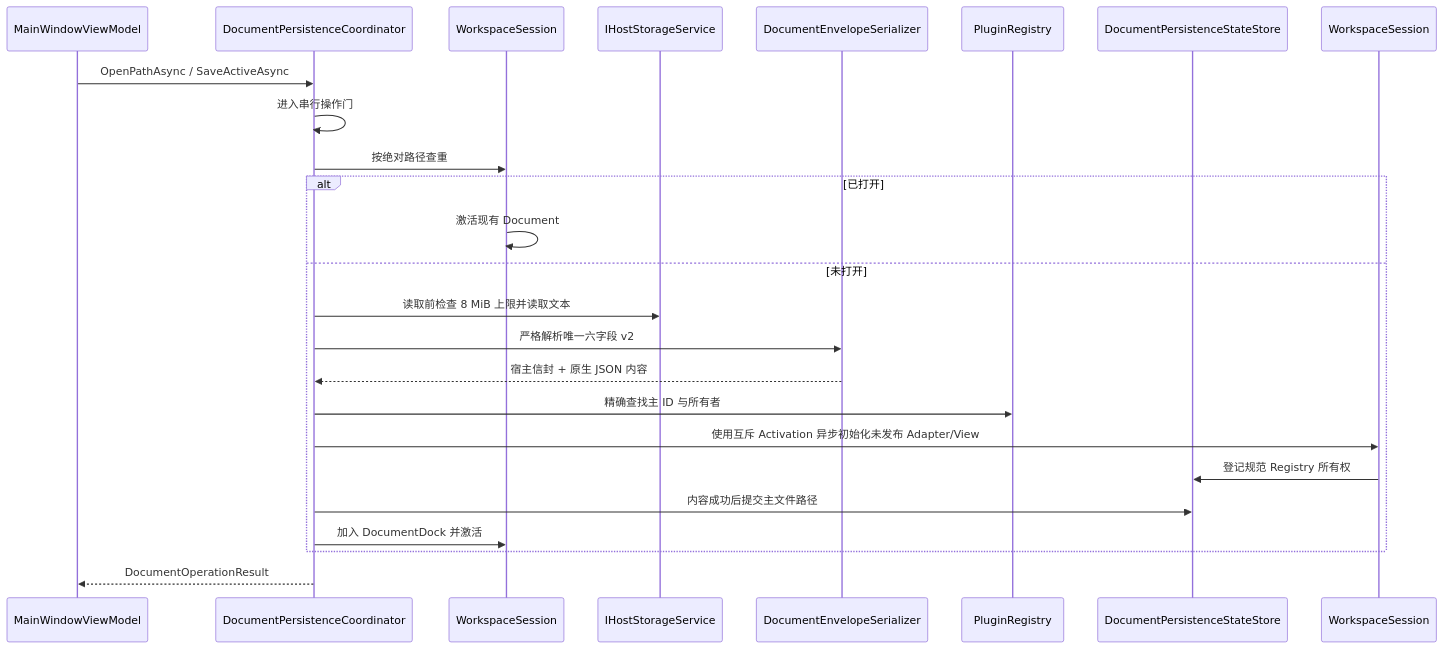
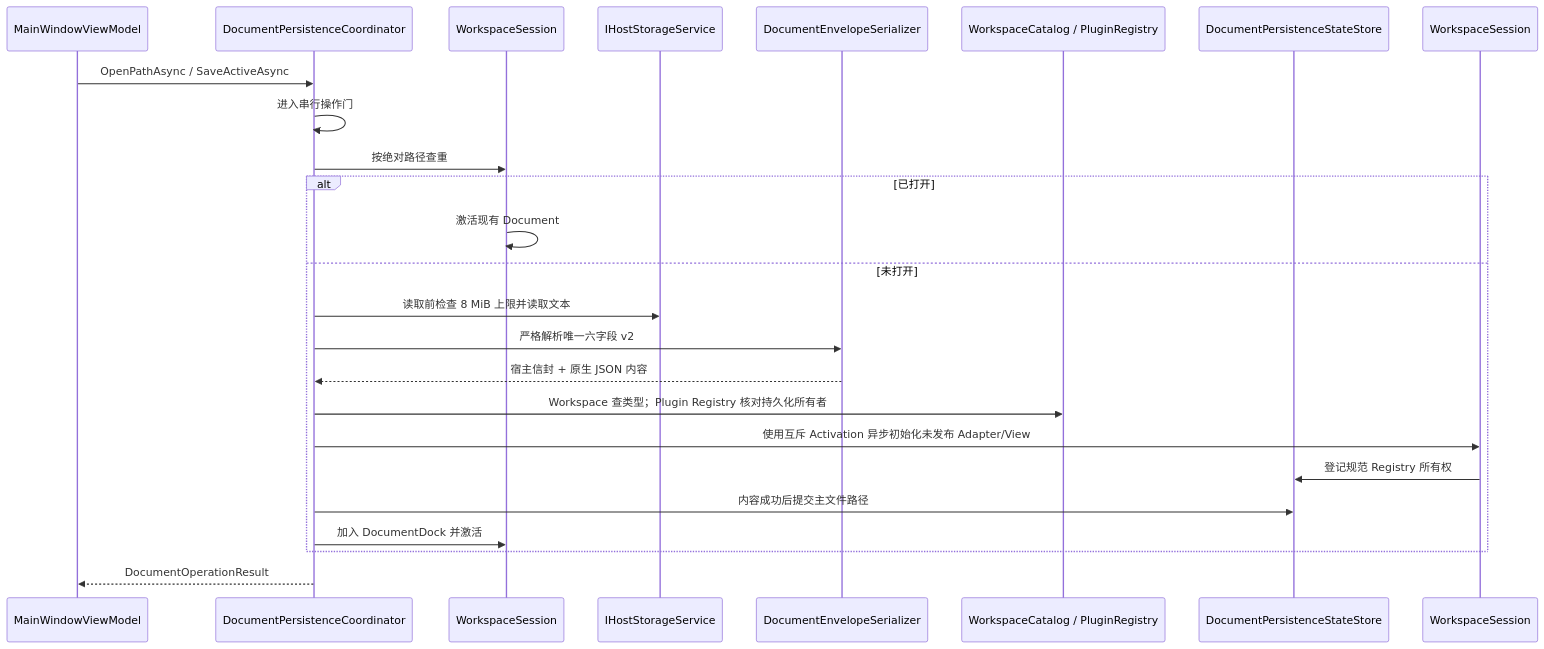
Before and after one commit to crownclowngx/avalonia_dock_simple_test: the second of 2 diagrams in Host/MyAvaloniaManagement/docs/design/architecture.md, drawn with Mermaid. The commit also changed other lines of this file and 62 other files, not shown here.

First line of the commit message:
refactor(host): 完成 G7 Host Catalog 与 Plugin Registry 分离

````diff
--- a/Host/MyAvaloniaManagement/docs/design/architecture.md
+++ b/Host/MyAvaloniaManagement/docs/design/architecture.md
@@ -254,28 +260,28 @@
 ```mermaid
 sequenceDiagram
     participant VM as MainWindowViewModel
     participant C as DocumentPersistenceCoordinator
     participant W as WorkspaceSession
     participant S as IHostStorageService
     participant E as DocumentEnvelopeSerializer
-    participant R as PluginRegistry
+    participant R as WorkspaceCatalog / PluginRegistry
     participant P as DocumentPersistenceStateStore
     participant F as WorkspaceSession
 
     VM->>C: OpenPathAsync / SaveActiveAsync
     C->>C: 进入串行操作门
     C->>W: 按绝对路径查重
     alt 已打开
         W->>W: 激活现有 Document
     else 未打开
         C->>S: 读取前检查 8 MiB 上限并读取文本
         C->>E: 严格解析唯一六字段 v2
         E-->>C: 宿主信封 + 原生 JSON 内容
-        C->>R: 精确查找主 ID 与所有者
+        C->>R: Workspace 查类型；Plugin Registry 核对持久化所有者
         C->>F: 使用互斥 Activation 异步初始化未发布 Adapter/View
         F->>P: 登记规范 Registry 所有权
         C->>P: 内容成功后提交主文件路径
         C->>W: 加入 DocumentDock 并激活
     end
     C-->>VM: DocumentOperationResult
 ```
````
